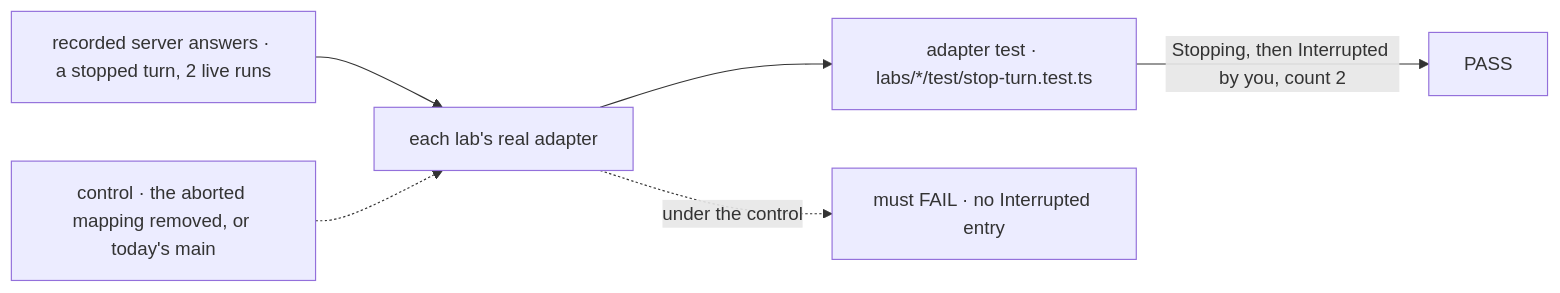
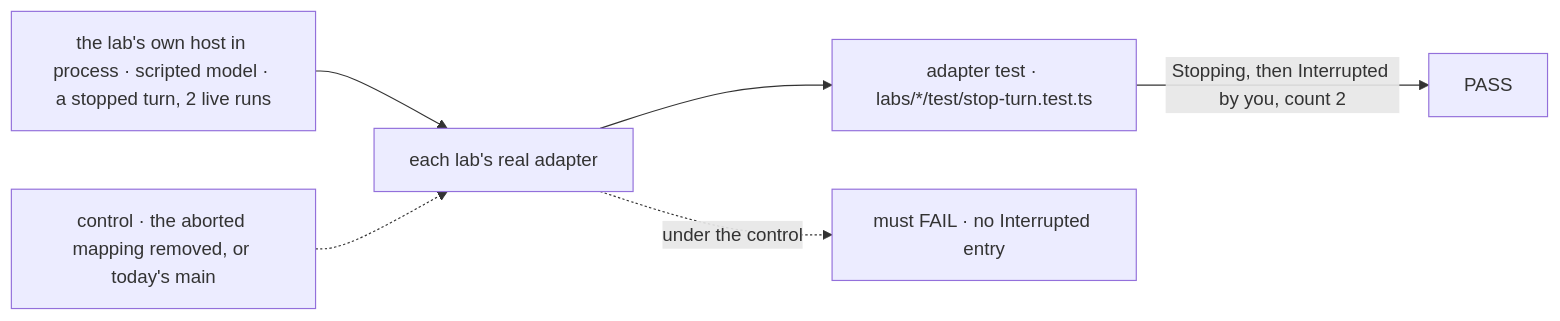
One commit to fixpoint-labs/flow-state-dev changed the first of 3 diagrams in specs/issues/FIX-2375/SPEC.md. Above: the diagram before and after it, drawn with Mermaid. The commit also changed other lines of this file and 2 other files, not shown here.

First line of the commit message:
spec(FIX-2375, FIX-2376): adapter checks run each lab's host in process, not recordings

````diff
--- a/specs/issues/FIX-2375/SPEC.md
+++ b/specs/issues/FIX-2375/SPEC.md
@@ -30,8 +30,8 @@
 ```mermaid
 flowchart LR
-  F["recorded server answers · a stopped turn, 2 live runs"] --> A["each lab's real adapter"]
+  F["the lab's own host in process · scripted model · a stopped turn, 2 live runs"] --> A["each lab's real adapter"]
   A --> T["adapter test · labs/*/test/stop-turn.test.ts"]
   T -->|"Stopping, then Interrupted by you, count 2"| P["PASS"]
   C["control · the aborted mapping removed, or today's main"] -.-> A
   A -.->|"under the control"| X["must FAIL · no Interrupted entry"]
 ```
````
